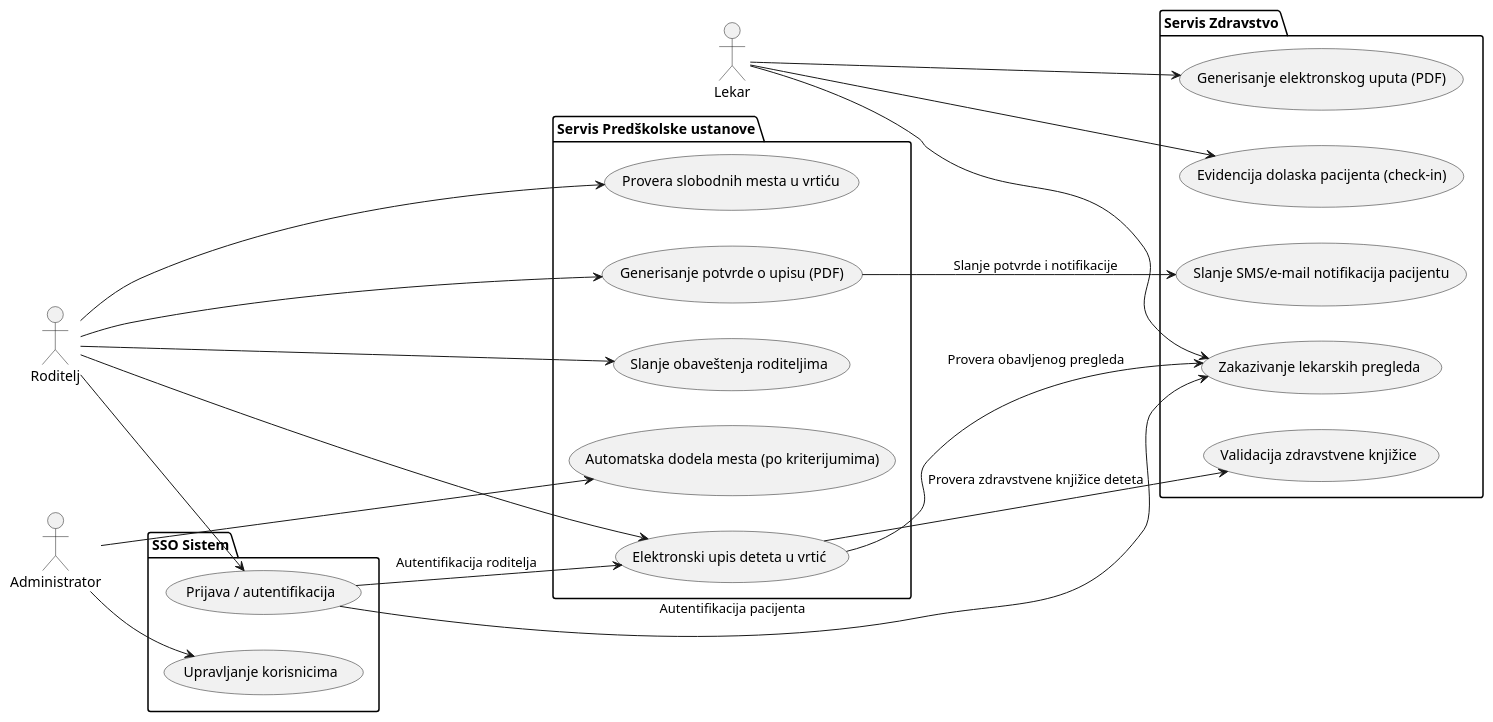
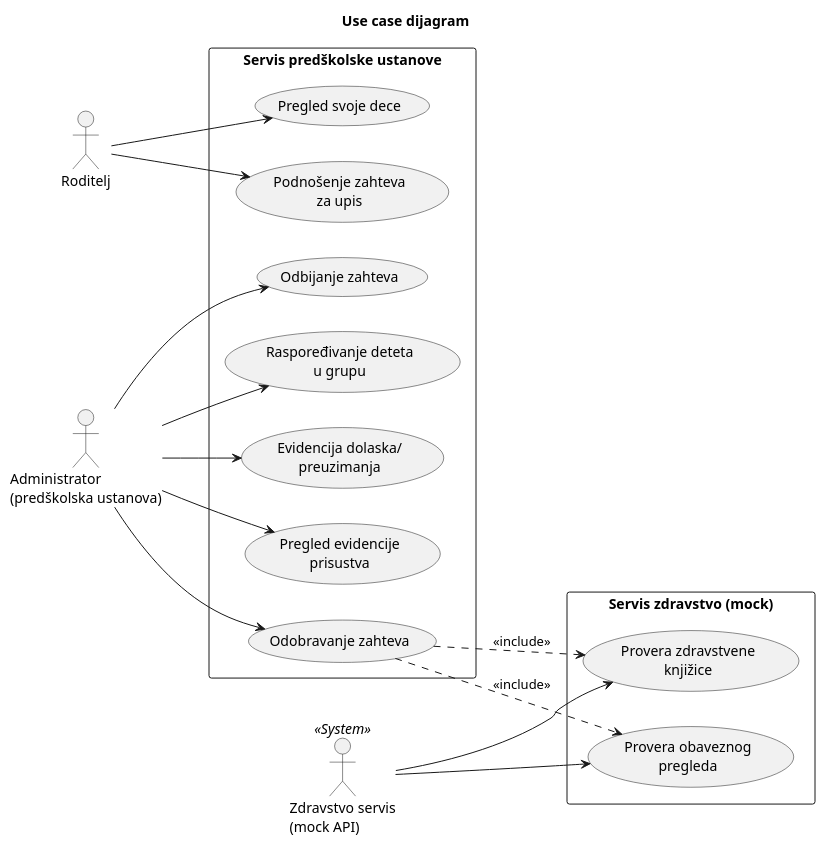
Before and after one commit to StojkovSR11/Tehnologije-i-sistemi-eUprave: the diagram in diagrams/use_case_diagram.puml, drawn with PlantUML. The commit also changed 14 other files, not shown here.

```diff
--- a/diagrams/use_case_diagram.puml
+++ b/diagrams/use_case_diagram.puml
@@ -1,50 +1,38 @@
 @startuml
+title Use case dijagram
 left to right direction
-actor Roditelj
-actor Lekar
-actor Administrator
 
-package "Servis Zdravstvo" {
-  usecase "Zakazivanje lekarskih pregleda" as UC1
-  usecase "Generisanje elektronskog uputa (PDF)" as UC2
-  usecase "Validacija zdravstvene knjižice" as UC3
-  usecase "Slanje SMS/e-mail notifikacija pacijentu" as UC4
-  usecase "Evidencija dolaska pacijenta (check-in)" as UC5
+actor "Roditelj" as Roditelj
+actor "Administrator\n(predškolska ustanova)" as Admin
+actor "Zdravstvo servis\n(mock API)" as ZdrSrv <<System>>
+
+rectangle "Servis predškolske ustanove" as Predskolsko {
+  usecase "Pregled svoje dece" as UC_MojaDeca
+  usecase "Podnošenje zahteva\nza upis" as UC_Podnesi
+  usecase "Odobravanje zahteva" as UC_Odobri
+  usecase "Odbijanje zahteva" as UC_Odbij
+  usecase "Raspoređivanje deteta\nu grupu" as UC_Grupa
+  usecase "Evidencija dolaska/\npreuzimanja" as UC_Evidencija
+  usecase "Pregled evidencije\nprisustva" as UC_PregledPrisustva
 }
 
-package "Servis Predškolske ustanove" {
-  usecase "Elektronski upis deteta u vrtić" as UC6
-  usecase "Provera slobodnih mesta u vrtiću" as UC7
-  usecase "Automatska dodela mesta (po kriterijumima)" as UC8
-  usecase "Generisanje potvrde o upisu (PDF)" as UC9
-  usecase "Slanje obaveštenja roditeljima" as UC10
+rectangle "Servis zdravstvo (mock)" as Zdravstvo {
+  usecase "Provera zdravstvene\nknjižice" as UC_Knjizica
+  usecase "Provera obaveznog\npregleda" as UC_Pregled
 }
 
-package "SSO Sistem" {
-  usecase "Prijava / autentifikacija" as UC11
-  usecase "Upravljanje korisnicima" as UC12
-}
+Roditelj --> UC_MojaDeca
+Roditelj --> UC_Podnesi
 
-' Veze aktera sa Use Case
-Roditelj --> UC11
-Roditelj --> UC6
-Roditelj --> UC7
-Roditelj --> UC9
-Roditelj --> UC10
+Admin --> UC_Odobri
+Admin --> UC_Odbij
+Admin --> UC_Grupa
+Admin --> UC_Evidencija
+Admin --> UC_PregledPrisustva
 
-Lekar --> UC1
-Lekar --> UC2
-Lekar --> UC5
-
-Administrator --> UC8
-Administrator --> UC12
-
-' Interakcije između servisa
-UC6 --> UC3 : "Provera zdravstvene knjižice deteta"
-UC6 --> UC1 : "Provera obavljenog pregleda"
-UC9 --> UC4 : "Slanje potvrde i notifikacije"
-
-UC11 --> UC1 : "Autentifikacija pacijenta"
-UC11 --> UC6 : "Autentifikacija roditelja"
+UC_Odobri ..> UC_Knjizica : <<include>>
+UC_Odobri ..> UC_Pregled : <<include>>
+ZdrSrv --> UC_Knjizica
+ZdrSrv --> UC_Pregled
 
 @enduml
```
